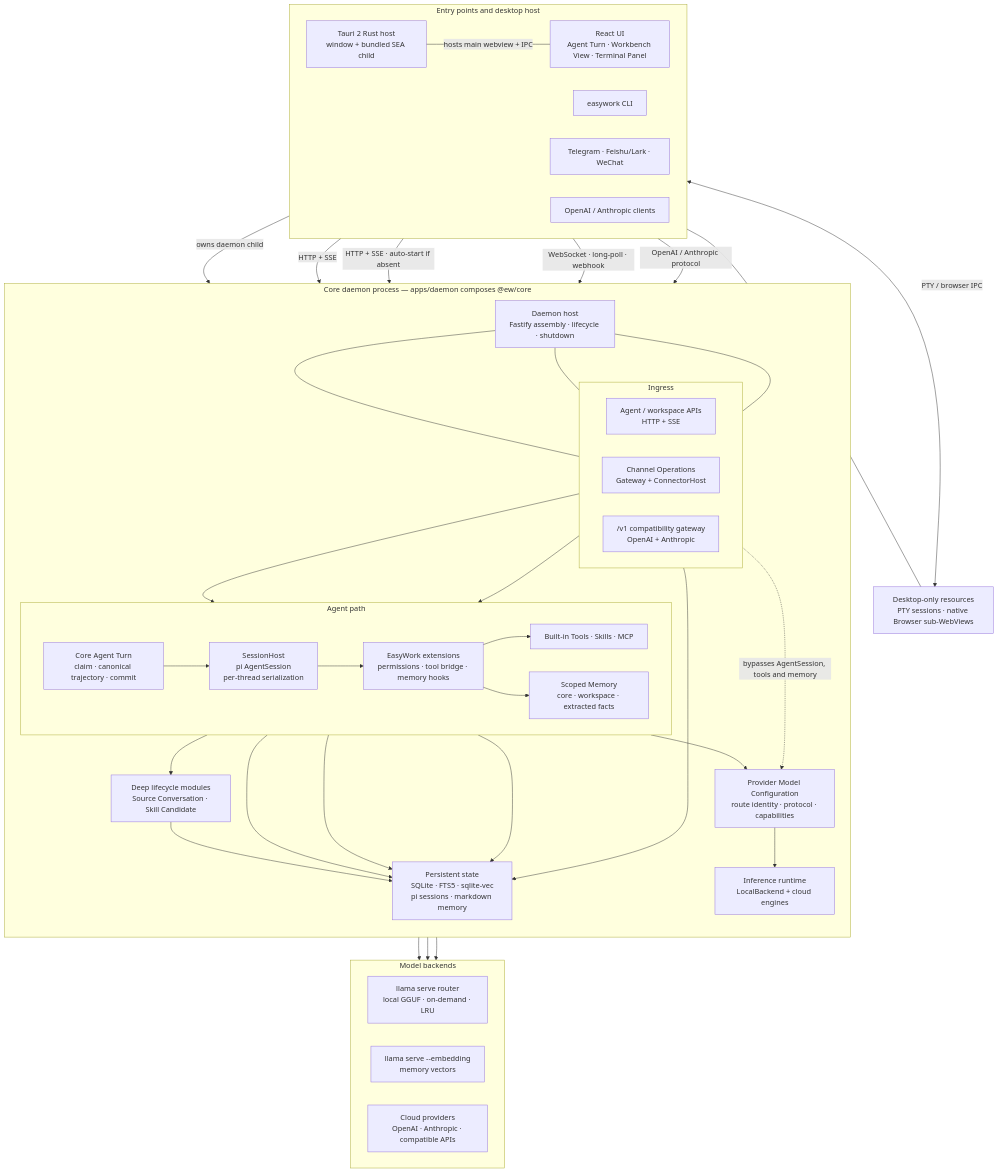
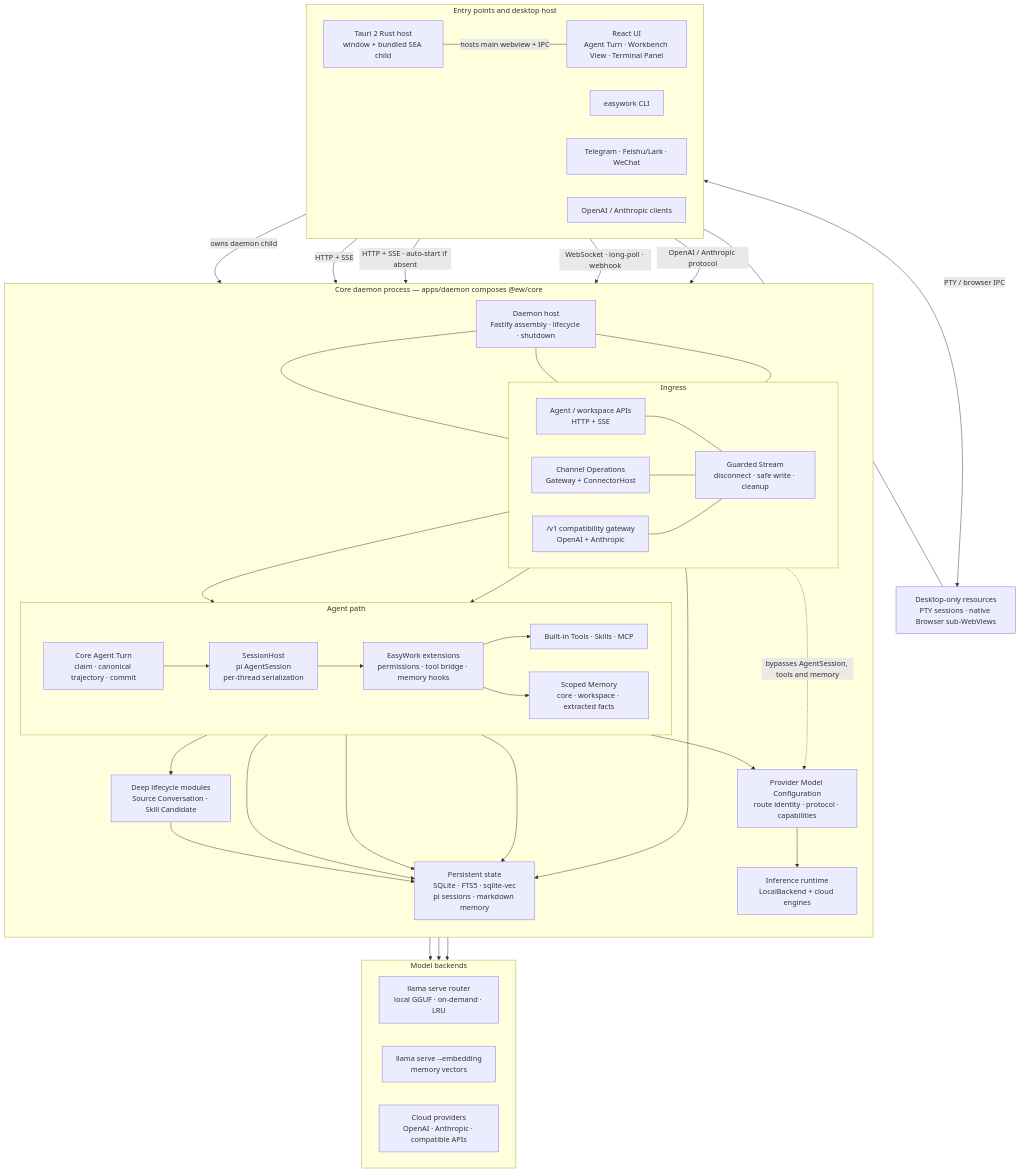
The diagram in README.md (LunarCache/easywork), drawn with Mermaid before and after one commit. The commit also changed other lines of this file and 11 other files, not shown here.

Commit message:
refactor(core): deepen guarded stream lifecycle

````diff
--- a/README.md
+++ b/README.md
@@ -42,77 +42,81 @@
 ```mermaid
 flowchart TB
   subgraph Entry["Entry points and desktop host"]
     direction LR
     Desktop["Tauri 2 Rust host<br/>window + bundled SEA child"]
     UI["React UI<br/>Agent Turn · Workbench View · Terminal Panel"]
     CLI["easywork CLI"]
     IM["Telegram · Feishu/Lark · WeChat"]
     V1Clients["OpenAI / Anthropic clients"]
   end
 
   Native["Desktop-only resources<br/>PTY sessions · native Browser sub-WebViews"]
 
   subgraph Daemon["Core daemon process — apps/daemon composes @ew/core"]
     direction TB
     Host["Daemon host<br/>Fastify assembly · lifecycle · shutdown"]
 
     subgraph Ingress["Ingress"]
       direction LR
       AgentAPI["Agent / workspace APIs<br/>HTTP + SSE"]
       ChannelOps["Channel Operations<br/>Gateway + ConnectorHost"]
       Compat["/v1 compatibility gateway<br/>OpenAI + Anthropic"]
+      GuardedStream["Guarded Stream<br/>disconnect · safe write · cleanup"]
     end
 
     subgraph AgentPath["Agent path"]
       direction LR
       AgentTurnCore["Core Agent Turn<br/>claim · canonical trajectory · commit"]
       SessionHost["SessionHost<br/>pi AgentSession<br/>per-thread serialization"]
       Extensions["EasyWork extensions<br/>permissions · tool bridge · memory hooks"]
       Capabilities["Built-in Tools · Skills · MCP"]
       Memory["Scoped Memory<br/>core · workspace · extracted facts"]
     end
 
     ModelConfig["Provider Model Configuration<br/>route identity · protocol · capabilities"]
     Runtime["Inference runtime<br/>LocalBackend + cloud engines"]
     Lifecycles["Deep lifecycle modules<br/>Source Conversation · Skill Candidate"]
     State["Persistent state<br/>SQLite · FTS5 · sqlite-vec<br/>pi sessions · markdown memory"]
 
     Host --- AgentAPI
     Host --- ChannelOps
     Host --- Compat
+    AgentAPI --- GuardedStream
+    ChannelOps --- GuardedStream
+    Compat --- GuardedStream
     AgentAPI --> AgentTurnCore
     ChannelOps --> AgentTurnCore
     AgentTurnCore --> SessionHost
     SessionHost --> Extensions
     Extensions --> Capabilities
     Extensions --> Memory
     SessionHost --> ModelConfig
     AgentTurnCore --> Lifecycles
     AgentTurnCore --> State
     Lifecycles --> State
     SessionHost --> State
     ChannelOps --> State
     Memory --> State
     Compat -. "bypasses AgentSession, tools and memory" .-> ModelConfig
     ModelConfig --> Runtime
   end
 
   subgraph Backends["Model backends"]
     direction LR
     Router["llama serve router<br/>local GGUF · on-demand · LRU"]
     Embedding["llama serve --embedding<br/>memory vectors"]
     Cloud["Cloud providers<br/>OpenAI · Anthropic · compatible APIs"]
   end
 
   Desktop ---|"hosts main webview + IPC"| UI
   Desktop --- Native
   UI <-->|"PTY / browser IPC"| Native
   Desktop -->|"owns daemon child"| Host
   UI -->|"HTTP + SSE"| AgentAPI
   CLI -->|"HTTP + SSE · auto-start if absent"| AgentAPI
   IM -->|"WebSocket · long-poll · webhook"| ChannelOps
   V1Clients -->|"OpenAI / Anthropic protocol"| Compat
   Runtime --> Router
   Runtime --> Cloud
   Memory --> Embedding
 ```
````
